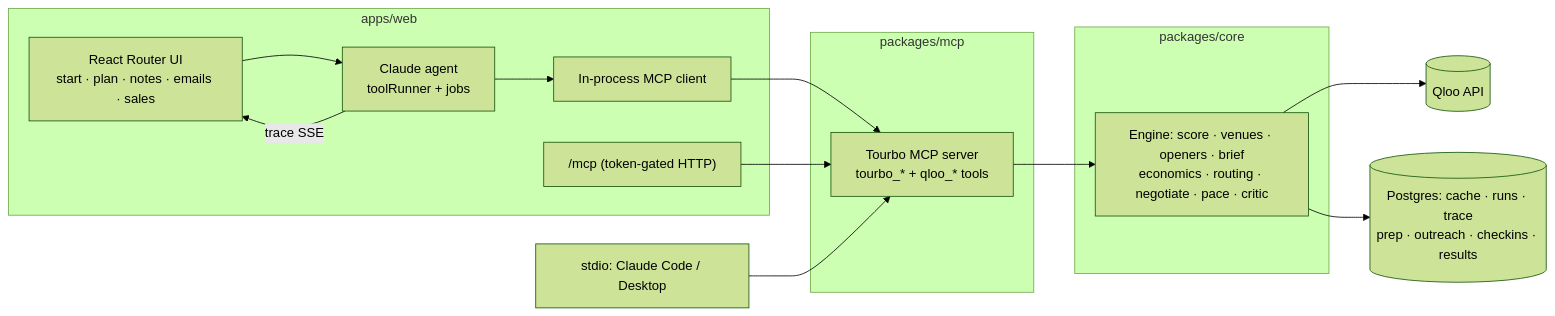
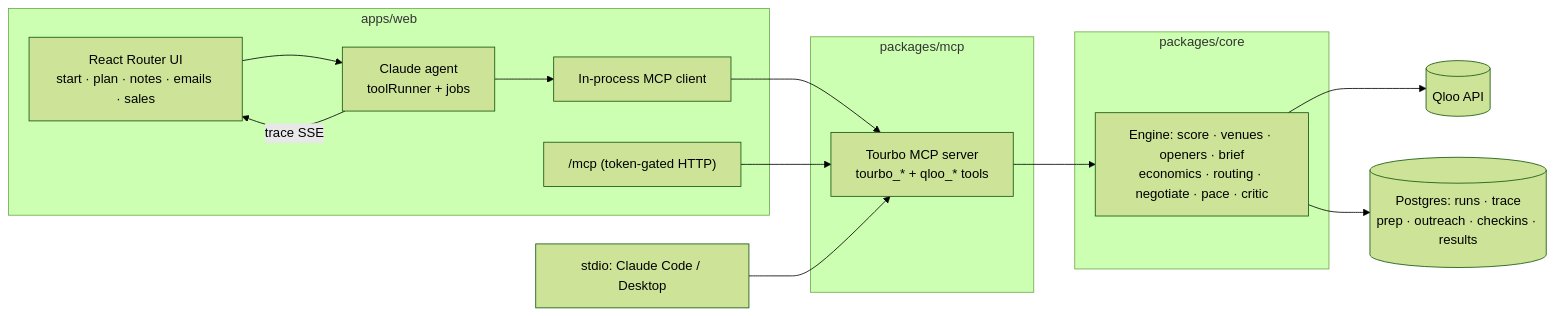
The diagram in README.md (swaptr/tourbo), drawn with Mermaid (forest theme) before and after one commit. The commit also changed other lines of this file and 1 other file, not shown here.

````diff
--- a/README.md
+++ b/README.md
@@ -72,20 +134,20 @@
 ```mermaid
 flowchart LR
   subgraph web [apps/web]
     UI[React Router UI<br/>start · plan · notes · emails · sales] --> Agent[Claude agent<br/>toolRunner + jobs]
     Agent --> Client[In-process MCP client]
     Remote["/mcp (token-gated HTTP)"]
   end
   subgraph mcp [packages/mcp]
     Server[Tourbo MCP server<br/>tourbo_* + qloo_* tools]
   end
   subgraph core [packages/core]
     Engine[Engine: score · venues · openers · brief<br/>economics · routing · negotiate · pace · critic]
   end
   Client --> Server
   Remote --> Server
   Stdio[stdio: Claude Code / Desktop] --> Server
   Server --> Engine --> Qloo[(Qloo API)]
-  Engine --> PG[(Postgres: cache · runs · trace<br/>prep · outreach · checkins · results)]
+  Engine --> PG[(Postgres: runs · trace<br/>prep · outreach · checkins · results)]
   Agent -->|trace SSE| UI
 ```
````
